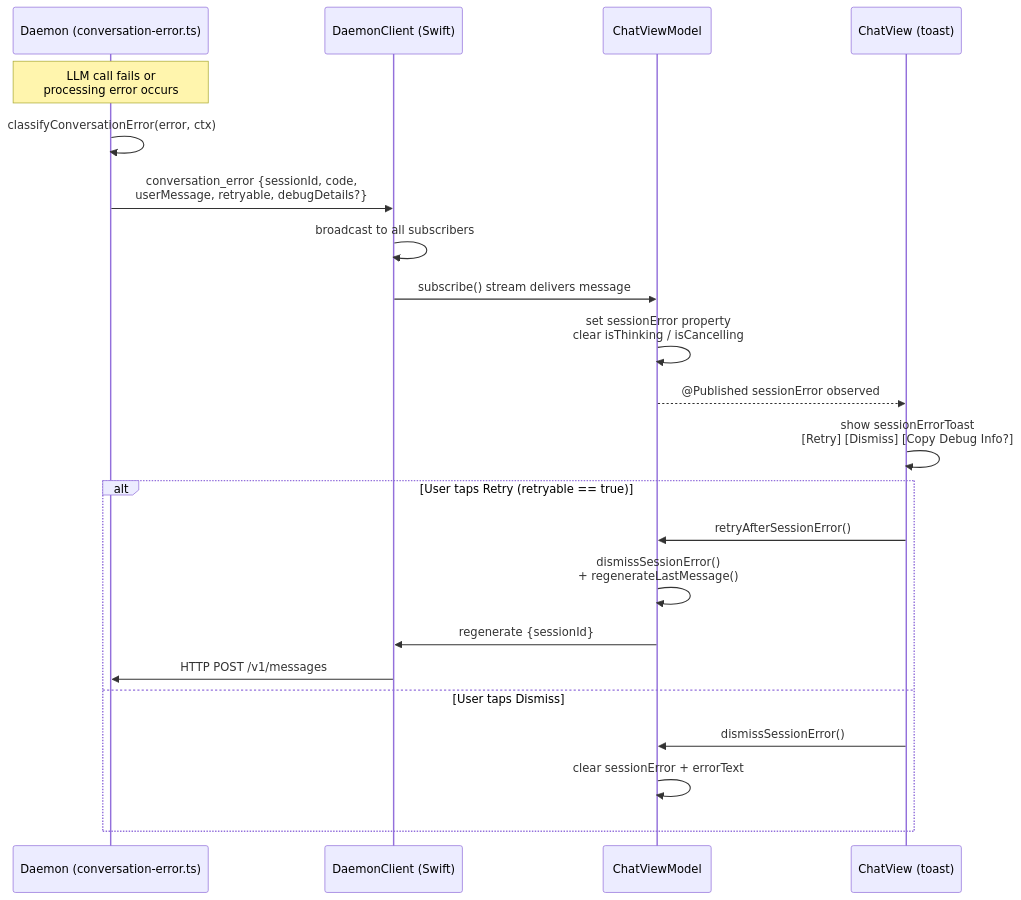
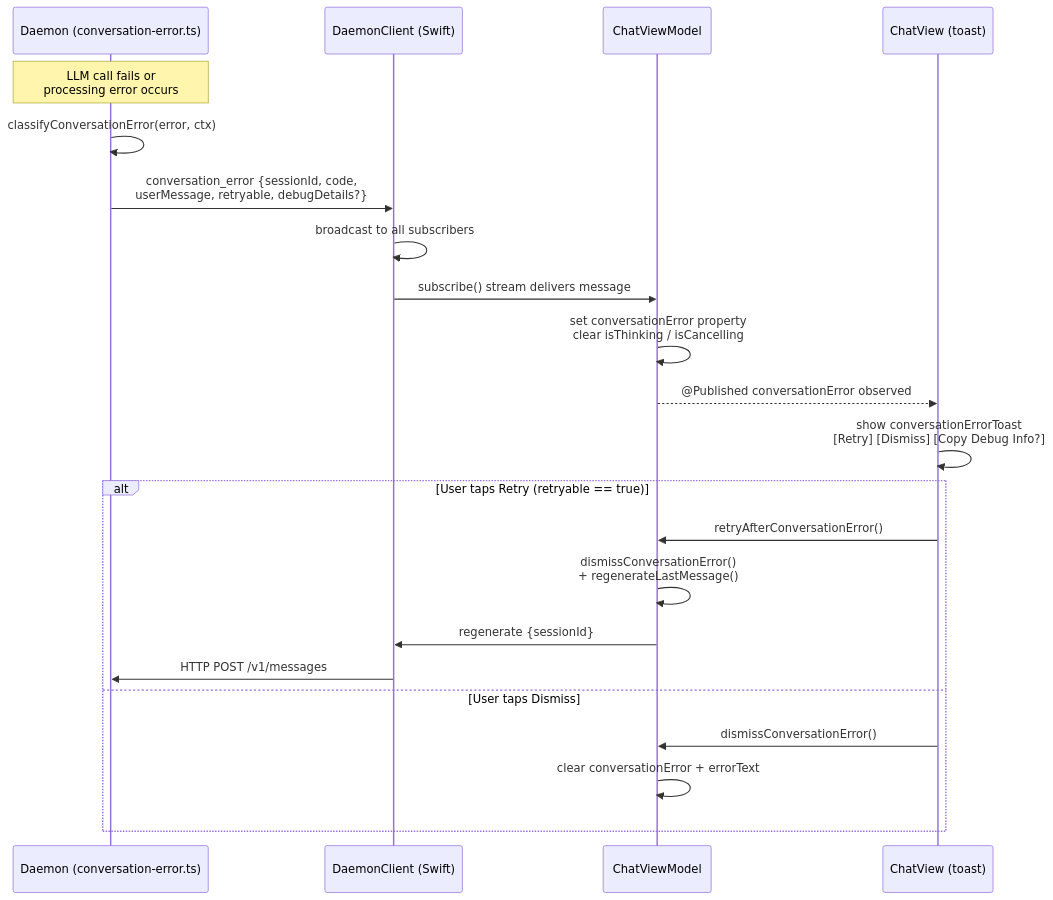
One commit to vellum-ai/vellum-assistant changed the third of 17 diagrams in assistant/ARCHITECTURE.md. Above: the diagram before and after it, drawn with Mermaid. The commit also changed other lines of this file and 2 other files, not shown here.

Commit message:
fix: update stale sessionError/session_error references in architecture docs

````diff
--- a/assistant/ARCHITECTURE.md
+++ b/assistant/ARCHITECTURE.md
@@ -820,27 +820,27 @@
 ```mermaid
 sequenceDiagram
     participant Daemon as Daemon (conversation-error.ts)
     participant DC as DaemonClient (Swift)
     participant VM as ChatViewModel
     participant UI as ChatView (toast)
 
     Note over Daemon: LLM call fails or<br/>processing error occurs
     Daemon->>Daemon: classifyConversationError(error, ctx)
     Daemon->>DC: conversation_error {sessionId, code,<br/>userMessage, retryable, debugDetails?}
     DC->>DC: broadcast to all subscribers
     DC->>VM: subscribe() stream delivers message
-    VM->>VM: set sessionError property<br/>clear isThinking / isCancelling
-    VM-->>UI: @Published sessionError observed
+    VM->>VM: set conversationError property<br/>clear isThinking / isCancelling
+    VM-->>UI: @Published conversationError observed
 
-    UI->>UI: show sessionErrorToast<br/>[Retry] [Dismiss] [Copy Debug Info?]
+    UI->>UI: show conversationErrorToast<br/>[Retry] [Dismiss] [Copy Debug Info?]
 
     alt User taps Retry (retryable == true)
-        UI->>VM: retryAfterSessionError()
-        VM->>VM: dismissSessionError()<br/>+ regenerateLastMessage()
+        UI->>VM: retryAfterConversationError()
+        VM->>VM: dismissConversationError()<br/>+ regenerateLastMessage()
         VM->>DC: regenerate {sessionId}
         DC->>Daemon: HTTP POST /v1/messages
     else User taps Dismiss
-        UI->>VM: dismissSessionError()
-        VM->>VM: clear sessionError + errorText
+        UI->>VM: dismissConversationError()
+        VM->>VM: clear conversationError + errorText
     end
 ```
````
